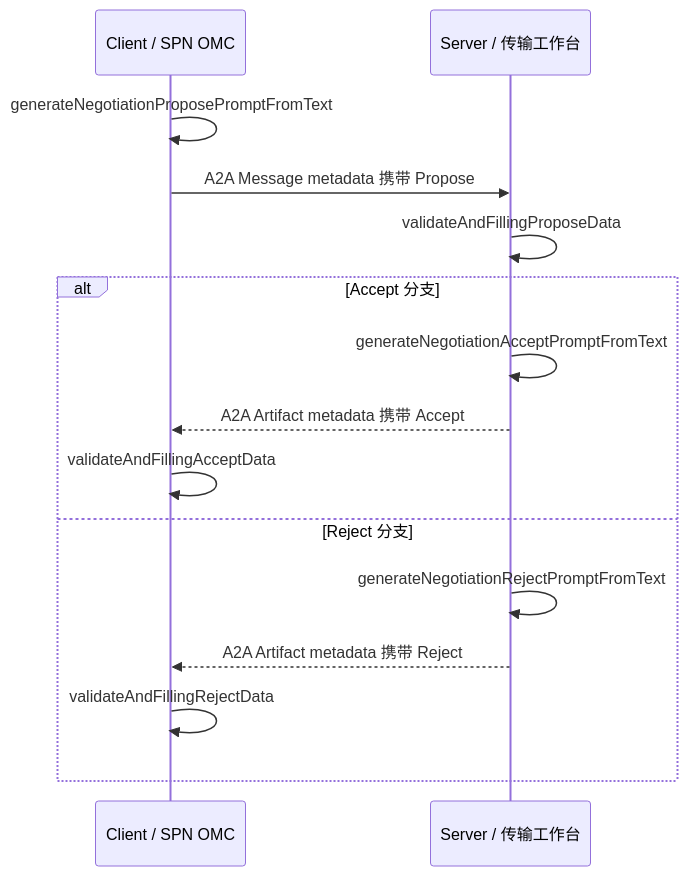
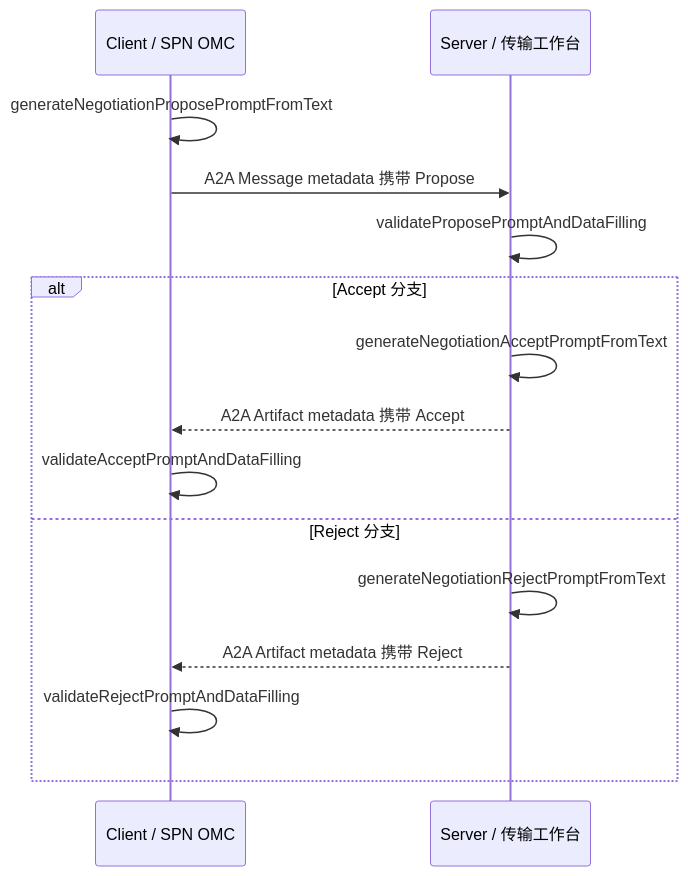
The diagram in a2a-t-sample/NEGOTIATION_SAMPLE_DEVELOPMENT.zh-CN.md (Zhoujie628/a2a-t-sdk-java), drawn with Mermaid before and after one commit. The commit also changed other lines of this file and 10 other files, not shown here.

````diff
--- a/a2a-t-sample/NEGOTIATION_SAMPLE_DEVELOPMENT.zh-CN.md
+++ b/a2a-t-sample/NEGOTIATION_SAMPLE_DEVELOPMENT.zh-CN.md
@@ -41,18 +41,18 @@
 ```mermaid
 sequenceDiagram
     participant C as Client / SPN OMC
     participant S as Server / 传输工作台
 
     C->>C: generateNegotiationProposePromptFromText
     C->>S: A2A Message metadata 携带 Propose
-    S->>S: validateAndFillingProposeData
+    S->>S: validateProposePromptAndDataFilling
     alt Accept 分支
         S->>S: generateNegotiationAcceptPromptFromText
         S-->>C: A2A Artifact metadata 携带 Accept
-        C->>C: validateAndFillingAcceptData
+        C->>C: validateAcceptPromptAndDataFilling
     else Reject 分支
         S->>S: generateNegotiationRejectPromptFromText
         S-->>C: A2A Artifact metadata 携带 Reject
-        C->>C: validateAndFillingRejectData
+        C->>C: validateRejectPromptAndDataFilling
     end
 ```
````
